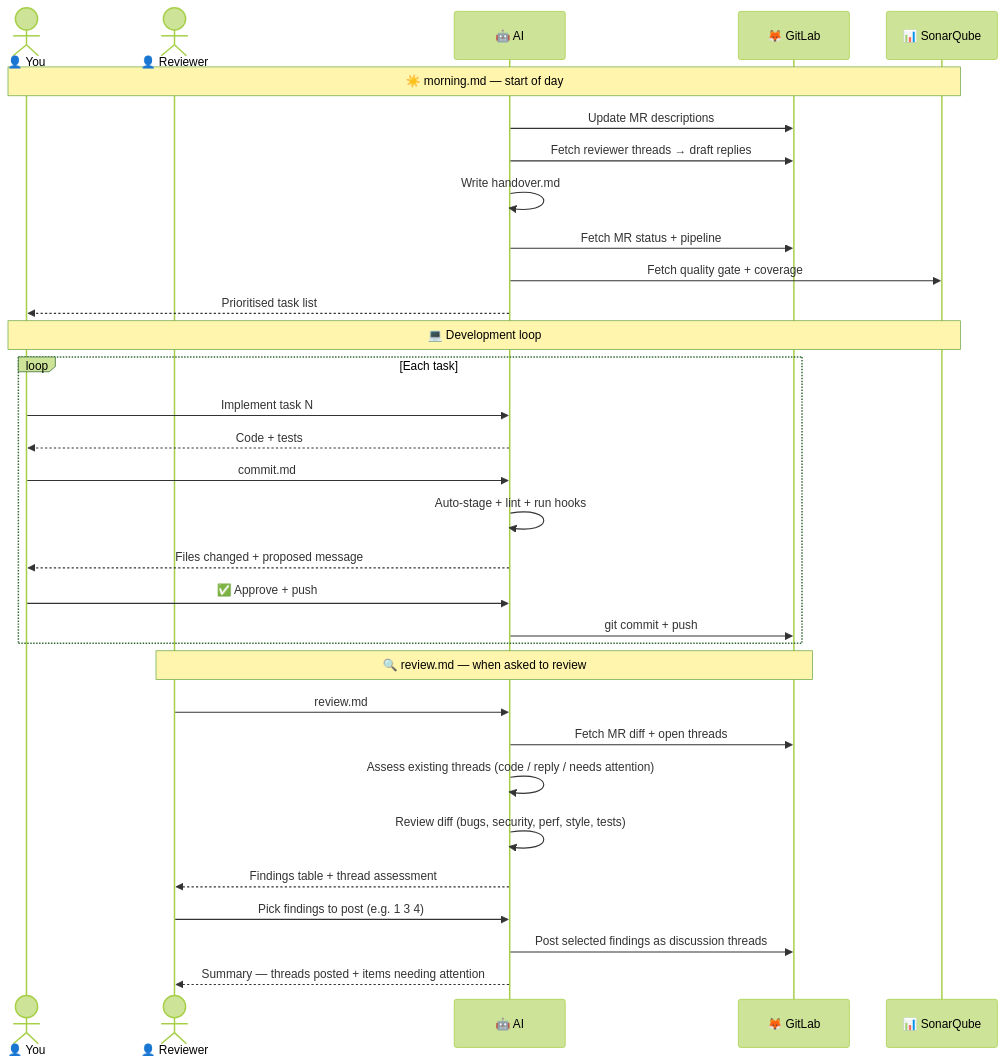
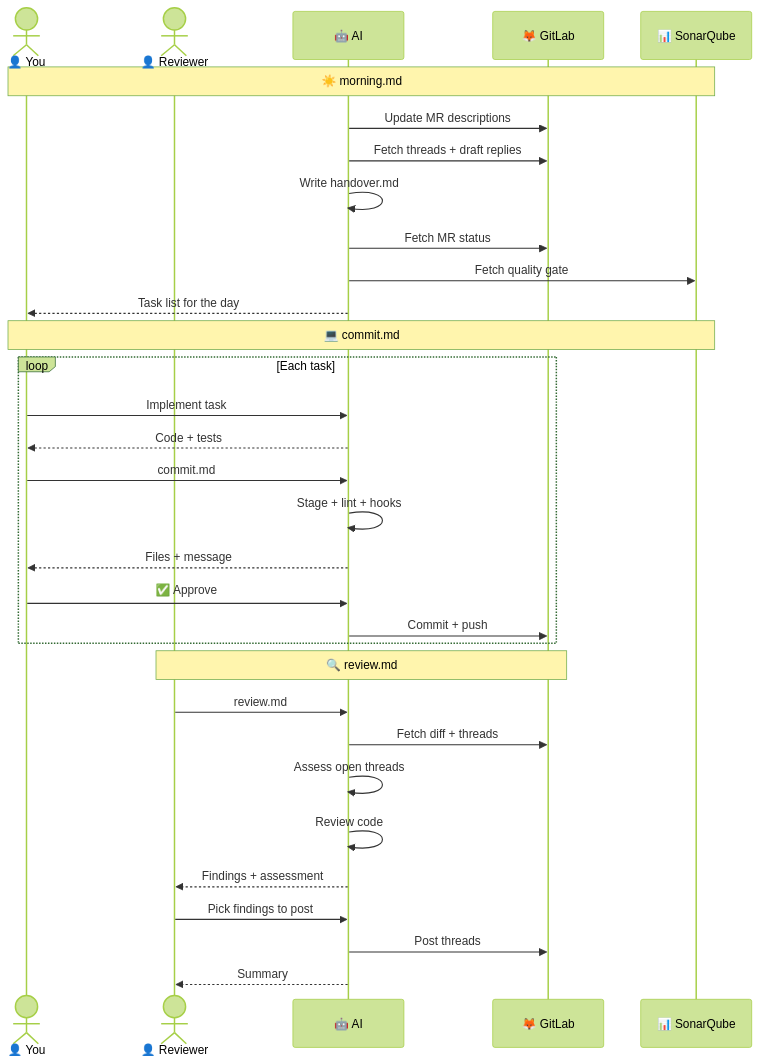
One commit to siwardean/cline-workflow changed the second of 2 diagrams in README.md. Above: the diagram before and after it, drawn with Mermaid (forest theme). The commit also changed other lines of this file, not shown here.

First line of the commit message:
docs: shorten mermaid node labels to prevent truncation

````diff
--- a/README.md
+++ b/README.md
@@ -75,40 +75,40 @@
 ```mermaid
 sequenceDiagram
     actor Dev as 👤 You
     actor Rev as 👤 Reviewer
     participant AI as 🤖 AI
     participant GL as 🦊 GitLab
     participant SQ as 📊 SonarQube
 
-    Note over Dev,SQ: ☀️ morning.md — start of day
+    Note over Dev,SQ: ☀️ morning.md
 
     AI->>GL: Update MR descriptions
-    AI->>GL: Fetch reviewer threads → draft replies
+    AI->>GL: Fetch threads + draft replies
     AI->>AI: Write handover.md
-    AI->>GL: Fetch MR status + pipeline
-    AI->>SQ: Fetch quality gate + coverage
-    AI-->>Dev: Prioritised task list
+    AI->>GL: Fetch MR status
+    AI->>SQ: Fetch quality gate
+    AI-->>Dev: Task list for the day
 
-    Note over Dev,SQ: 💻 Development loop
+    Note over Dev,SQ: 💻 commit.md
 
     loop Each task
-        Dev->>AI: Implement task N
+        Dev->>AI: Implement task
         AI-->>Dev: Code + tests
         Dev->>AI: commit.md
-        AI->>AI: Auto-stage + lint + run hooks
-        AI-->>Dev: Files changed + proposed message
-        Dev->>AI: ✅ Approve + push
-        AI->>GL: git commit + push
+        AI->>AI: Stage + lint + hooks
+        AI-->>Dev: Files + message
+        Dev->>AI: ✅ Approve
+        AI->>GL: Commit + push
     end
 
-    Note over Rev,GL: 🔍 review.md — when asked to review
+    Note over Rev,GL: 🔍 review.md
 
     Rev->>AI: review.md
-    AI->>GL: Fetch MR diff + open threads
-    AI->>AI: Assess existing threads (code / reply / needs attention)
-    AI->>AI: Review diff (bugs, security, perf, style, tests)
-    AI-->>Rev: Findings table + thread assessment
-    Rev->>AI: Pick findings to post (e.g. 1 3 4)
-    AI->>GL: Post selected findings as discussion threads
-    AI-->>Rev: Summary — threads posted + items needing attention
+    AI->>GL: Fetch diff + threads
+    AI->>AI: Assess open threads
+    AI->>AI: Review code
+    AI-->>Rev: Findings + assessment
+    Rev->>AI: Pick findings to post
+    AI->>GL: Post threads
+    AI-->>Rev: Summary
 ```
````
